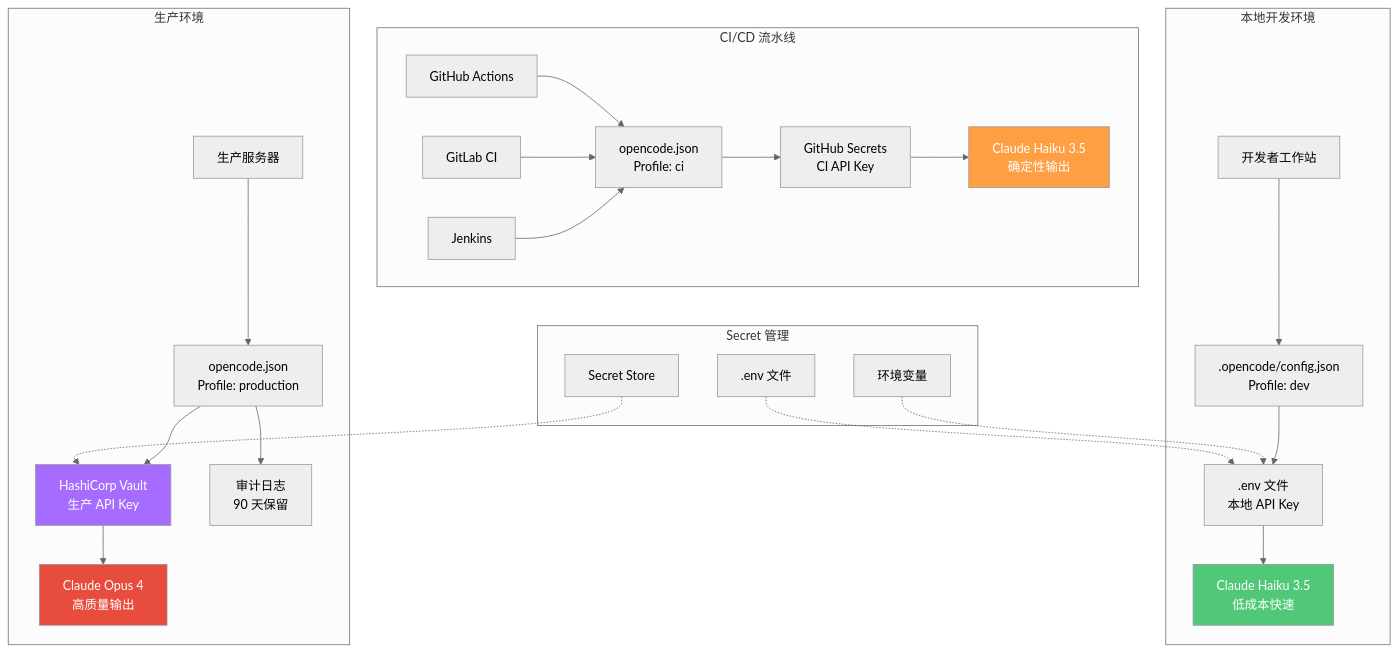
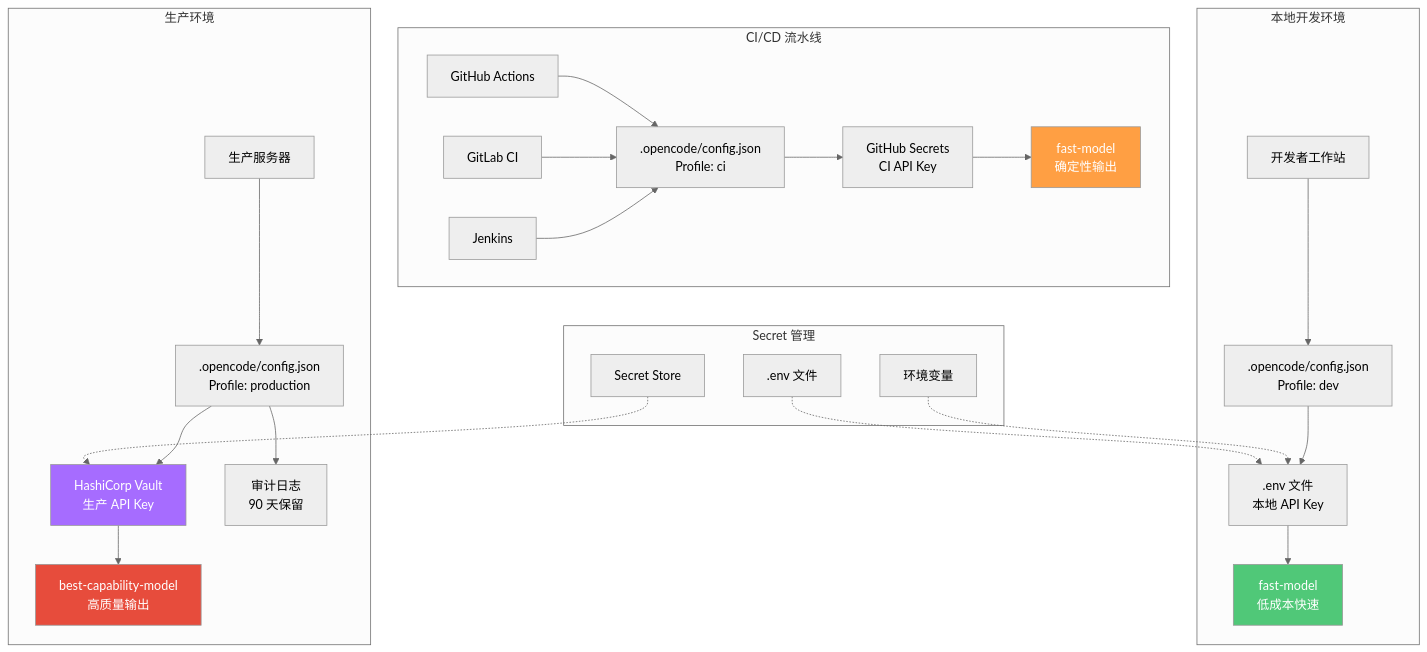
Before and after one commit to tonydeng/harness-engineering-from-oc-to-ai-coding: the second of 2 diagrams in src/03-setup/multi-env-setup.md, drawn with Mermaid (neutral theme). The commit also changed other lines of this file and 39 other files, not shown here.

````diff
--- a/src/03-setup/multi-env-setup.md
+++ b/src/03-setup/multi-env-setup.md
@@ -462,57 +467,57 @@
 ```mermaid
 graph TB
     subgraph 本地开发环境
         DevWorkstation[开发者工作站]
         DevConfig[.opencode/config.json<br/>Profile: dev]
         DevEnv[.env 文件<br/>本地 API Key]
-        DevModel[Claude Haiku 3.5<br/>低成本快速]
+        DevModel[fast-model<br/>低成本快速]
     end
     
     subgraph CI/CD 流水线
         GitHubActions[GitHub Actions]
         GitLabCI[GitLab CI]
         Jenkins[Jenkins]
         
-        CIConfig[opencode.json<br/>Profile: ci]
+        CIConfig[.opencode/config.json<br/>Profile: ci]
         CISecret[GitHub Secrets<br/>CI API Key]
-        CIModel[Claude Haiku 3.5<br/>确定性输出]
+        CIModel[fast-model<br/>确定性输出]
     end
     
     subgraph 生产环境
         ProdServer[生产服务器]
-        ProdConfig[opencode.json<br/>Profile: production]
+        ProdConfig[.opencode/config.json<br/>Profile: production]
         Vault[HashiCorp Vault<br/>生产 API Key]
-        ProdModel[Claude Opus 4<br/>高质量输出]
+        ProdModel[best-capability-model<br/>高质量输出]
         AuditLog[审计日志<br/>90 天保留]
     end
     
     subgraph Secret 管理
         EnvVar[环境变量]
         DotEnv[.env 文件]
         SecretStore[Secret Store]
     end
     
     DevWorkstation --> DevConfig
     DevConfig --> DevEnv
     DevEnv --> DevModel
     
     GitHubActions --> CIConfig
     GitLabCI --> CIConfig
     Jenkins --> CIConfig
     CIConfig --> CISecret
     CISecret --> CIModel
     
     ProdServer --> ProdConfig
     ProdConfig --> Vault
     Vault --> ProdModel
     ProdConfig --> AuditLog
     
     EnvVar -.-> DevEnv
     DotEnv -.-> DevEnv
     SecretStore -.-> Vault
     
     style DevModel fill:#50C878,color:#fff
     style CIModel fill:#FF9F43,color:#fff
     style ProdModel fill:#E74C3C,color:#fff
     style Vault fill:#A66CFF,color:#fff
 ```
````
